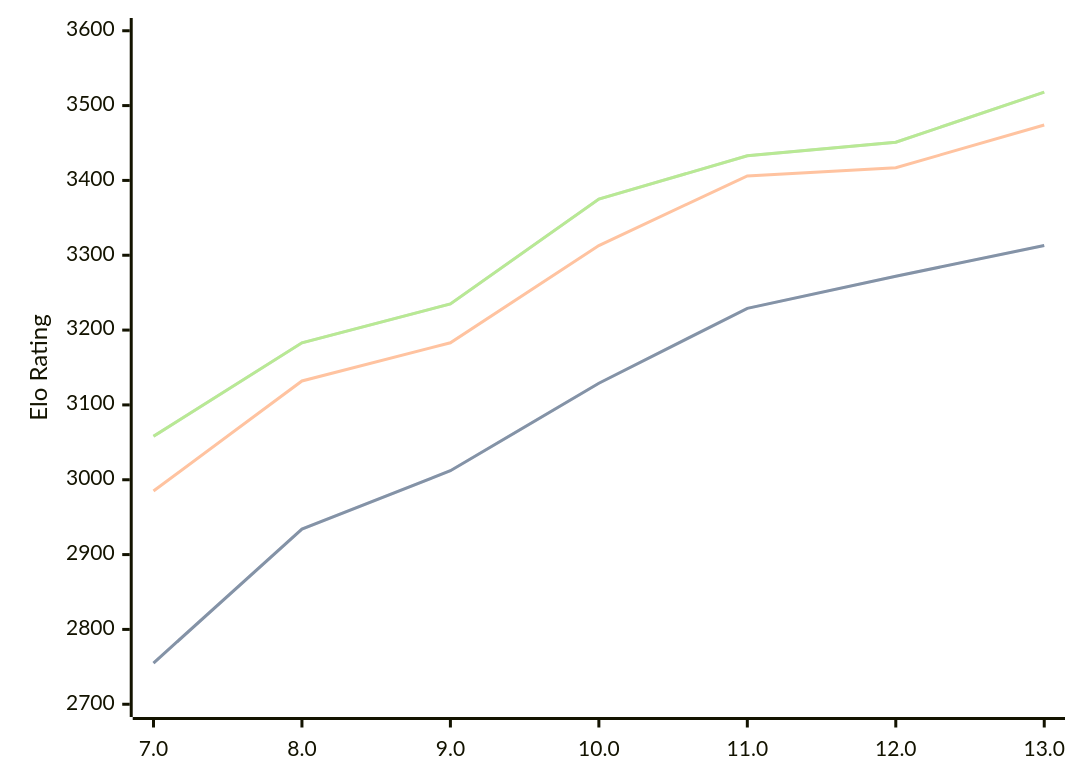
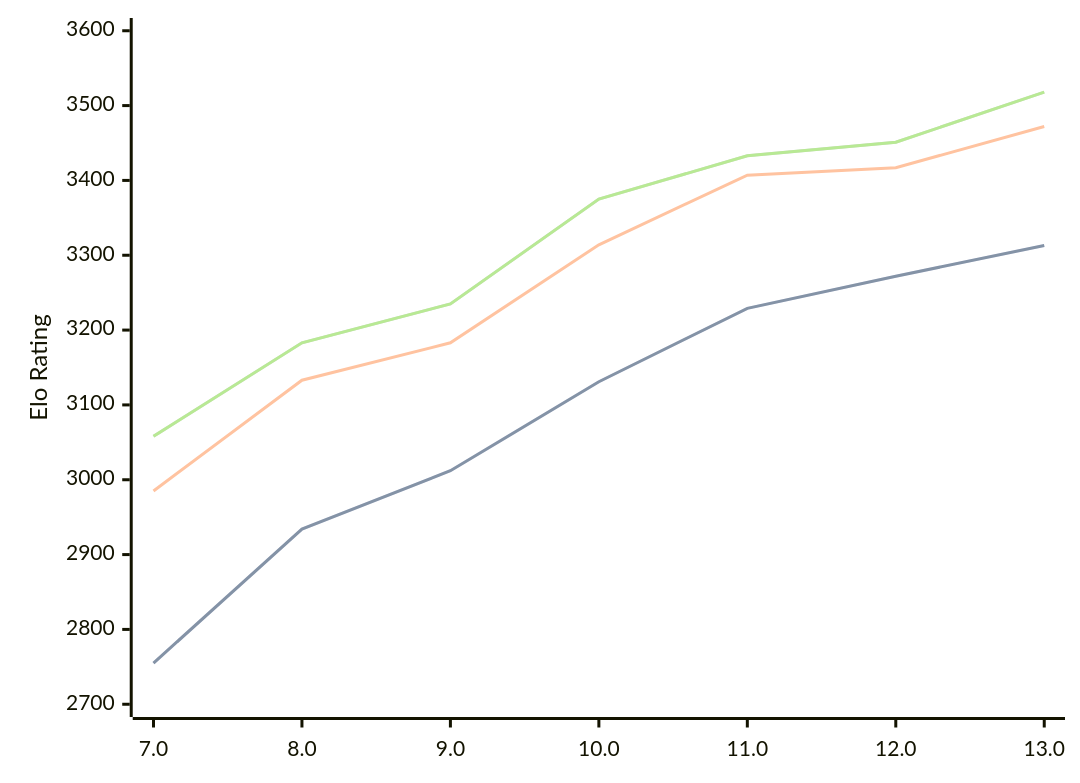
One commit to computer-chess-index/cci changed the diagram in engines/Tcheran.md. Above: the diagram before and after it, drawn with Mermaid. The commit also changed other lines of this file, not shown here.

````diff
--- a/engines/Tcheran.md
+++ b/engines/Tcheran.md
@@ -51,11 +51,11 @@
 ```mermaid
 %%{init: {"theme":"base","themeVariables":{"seriesColors:['#a3a3a3','#222221','#faa371']}}}%%
 xychart-beta
   x-axis ["7.0", "8.0", "9.0", "10.0", "11.0", "12.0", "13.0"]
   y-axis "Elo Rating" 2700 --> 3600
-  line "STC (8.0+0.08s)" [2755, 2934, 3012, 3129, 3229, 3272, 3313]
-  line "STC (8.0+0.08s)" [2755, 2934, 3012, 3129, 3229, 3272, 3313]
-  line "LTC (60.0+0.60s)" [2985, 3132, 3183, 3313, 3406, 3417, 3474]
+  line "STC (8.0+0.08s)" [2755, 2934, 3012, 3131, 3229, 3272, 3313]
+  line "STC (8.0+0.08s)" [2755, 2934, 3012, 3131, 3229, 3272, 3313]
+  line "LTC (60.0+0.60s)" [2985, 3133, 3183, 3314, 3407, 3417, 3472]
   line "VLTC (2m24s+1.12s)" [3058, 3183, 3235, 3375, 3433, 3451, 3518]
   line "VLTC (2m24s+1.12s)" [3058, 3183, 3235, 3375, 3433, 3451, 3518]
 ```
````
